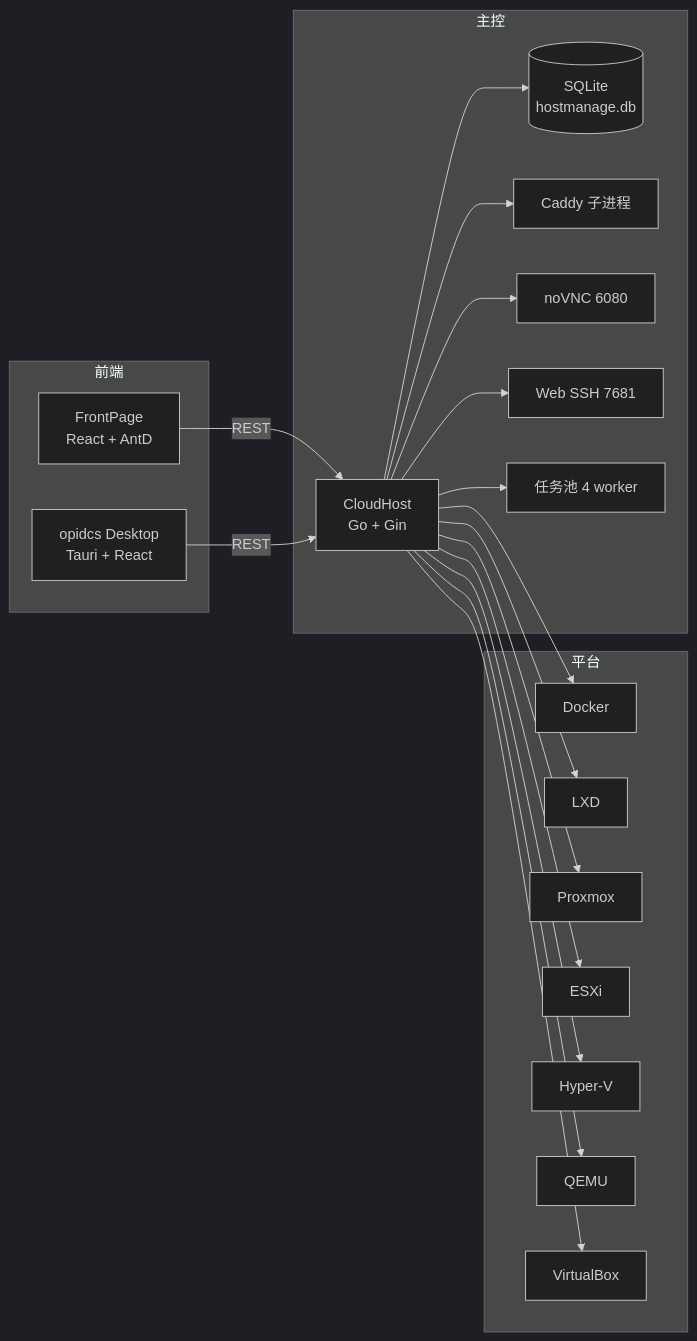
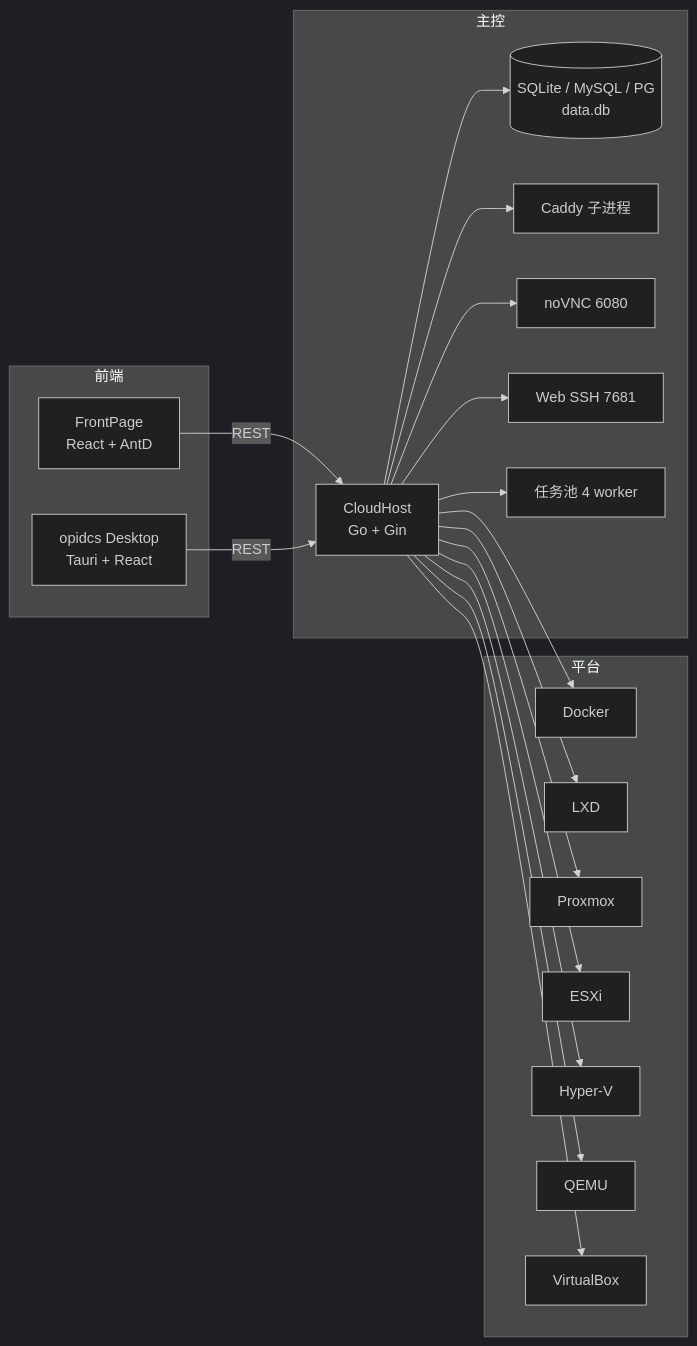
The diagram in docs/structure/index.md (OpenIDCSTeam/Documents), drawn with Mermaid (dark theme) before and after one commit. The commit also changed other lines of this file and 18 other files, not shown here.

````diff
--- a/docs/structure/index.md
+++ b/docs/structure/index.md
@@ -19,32 +19,32 @@
 ```mermaid
 graph LR
     subgraph 前端
       FP[FrontPage<br/>React + AntD]
       GUI[opidcs Desktop<br/>Tauri + React]
     end
     subgraph 主控
       CH[CloudHost<br/>Go + Gin]
-      DB[(SQLite<br/>hostmanage.db)]
+      DB[(SQLite / MySQL / PG<br/>data.db)]
       CD[Caddy 子进程]
       VNC[noVNC 6080]
       SSH[Web SSH 7681]
       TASK[任务池 4 worker]
     end
     subgraph 平台
       P1[Docker]
       P2[LXD]
       P3[Proxmox]
       P4[ESXi]
       P5[Hyper-V]
       P6[QEMU]
       P7[VirtualBox]
     end
     FP -->|REST| CH
     GUI -->|REST| CH
     CH --> DB
     CH --> CD
     CH --> VNC
     CH --> SSH
     CH --> TASK
     CH --> P1 & P2 & P3 & P4 & P5 & P6 & P7
 ```
````
